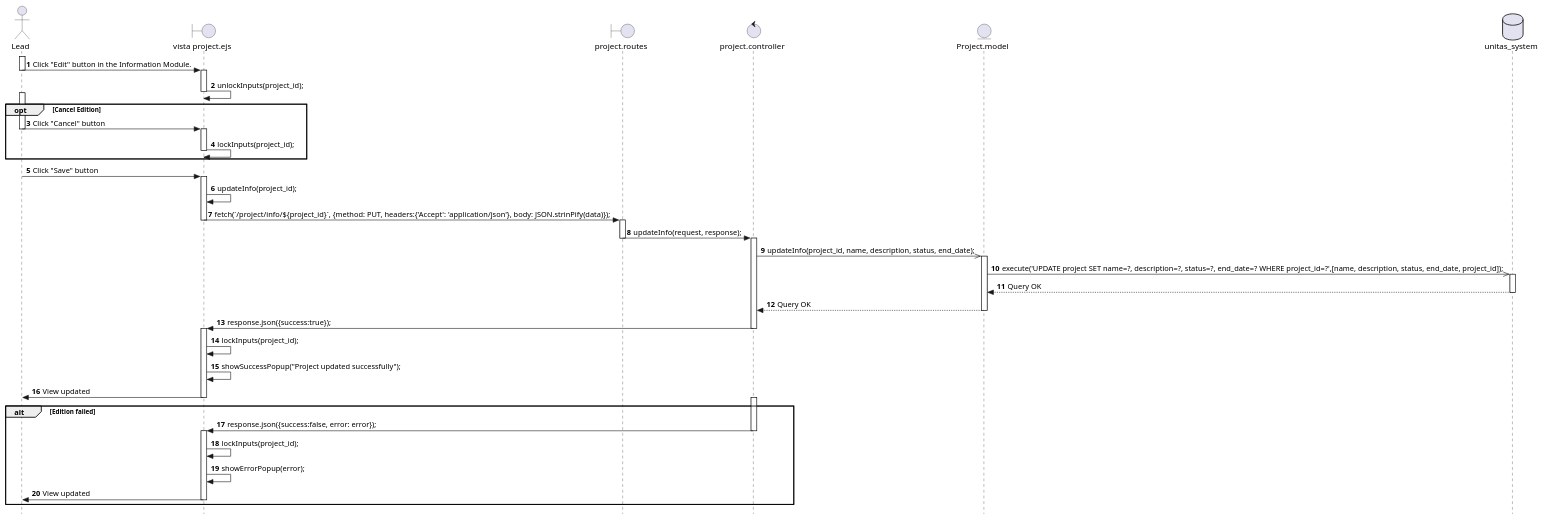
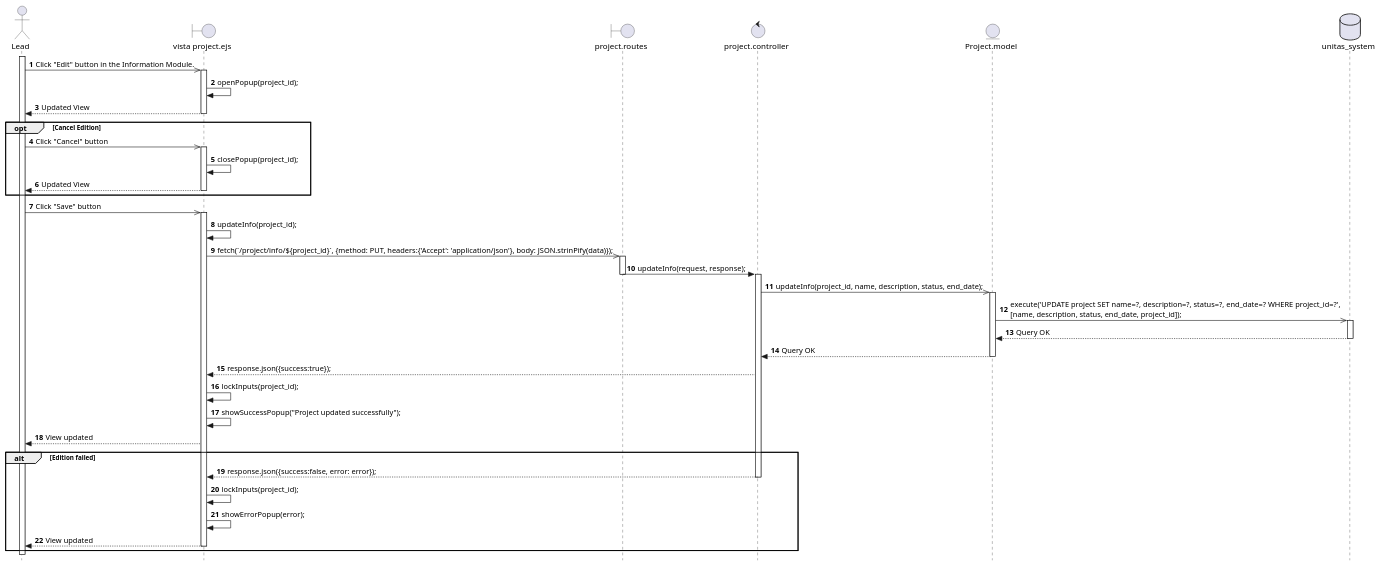
Before and after one commit to Berthou05/LimboSoftwareDevelopment_Change.org: the diagram in documentation/sequence_diagrams/PROJ-02-SD.puml, drawn with PlantUML. The commit also changed 17 other files, not shown here.

Commit message:
[DOCS]: Update of the Sequence Diagrams ADMIN-02, 03, 04, AUTH-01, EMP-01, EMP-05, HS-01, PROJ-02, 03, 07, 09, 10, 11, 13, TEAM-03, 05, 06

```diff
--- a/documentation/sequence_diagrams/PROJ-02-SD.puml
+++ b/documentation/sequence_diagrams/PROJ-02-SD.puml
@@ -1,72 +1,61 @@
 @startuml
 skinparam style strictuml
 
 actor Lead as L   
 boundary "vista project.ejs" as V
 boundary "project.routes" as RO
 control "project.controller" as C
 entity "Project.model" as P
 database "unitas_system" as BD
 autonumber
 
 activate L
-
-L -> V:Click "Edit" button in the Information Module.
-deactivate L
+L ->> V:Click "Edit" button in the Information Module.
     activate V
-    V -> V: unlockInputs(project_id);
+    V->V: openPopup(project_id);
+    V-->L: Updated View
     deactivate V
 
-
 opt Cancel Edition
-activate L
-L -> V: Click "Cancel" button
-deactivate L
+L ->> V: Click "Cancel" button
     activate V
-    V -> V: lockInputs(project_id);
+    V -> V: closePopup(project_id);
+    V-->L: Updated View
     deactivate V
 end
 
-activate L
-L -> V: Click "Save" button
-deactivate L
+L ->> V: Click "Save" button
     activate V
     V -> V: updateInfo(project_id);
-    V -> RO: fetch(`/project/info/${project_id}`, {method: PUT, headers:{'Accept': 'application/json'}, body: JSON.strinPify(data)});
-    deactivate V
+    V ->> RO: fetch(`/project/info/${project_id}`, {method: PUT, headers:{'Accept': 'application/json'}, body: JSON.strinPify(data)});
         activate RO
             RO -> C: updateInfo(request, response);
         deactivate RO
             activate C
             C ->> P: updateInfo(project_id, name, description, status, end_date);
                 activate P
-                P->>BD: execute('UPDATE project SET name=?, description=?, status=?, end_date=? WHERE project_id=?',[name, description, status, end_date, project_id]);
+                P->>BD: execute('UPDATE project SET name=?, description=?, status=?, end_date=? WHERE project_id=?',\n[name, description, status, end_date, project_id]);
                     activate BD
                     BD-->P: Query OK
                     deactivate BD
                 P-->C: Query OK
                 deactivate P
-            C->V: response.json({success:true});
-            deactivate C
-    activate V
+            C-->V: response.json({success:true});
     V->V: lockInputs(project_id);
     V->V: showSuccessPopup("Project updated successfully");
-    V->L: View updated
-    deactivate V
+    V-->L: View updated
 
     alt Edition failed
-            activate C
-                C->V: response.json({success:false, error: error});        
+                C-->V: response.json({success:false, error: error});        
             deactivate C
-    activate V
     V->V: lockInputs(project_id);
     V->V: showErrorPopup(error);
-    V->L: View updated
+    V-->L: View updated
     deactivate V
     end
-    
+deactivate L    
 
 
 
 
 @enduml
```
